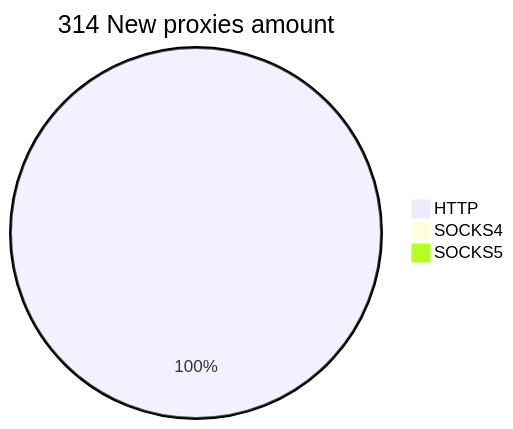
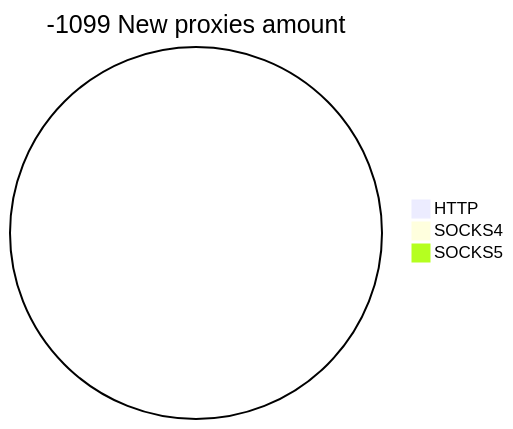
One commit to cutipu/proxylist changed the second of 2 diagrams in README.md. Above: the diagram before and after it, drawn with Mermaid. The commit also changed other lines of this file, not shown here.

````diff
--- a/README.md
+++ b/README.md
@@ -10,6 +10,6 @@
 ```mermaid
-pie title 314 New proxies amount
-    "HTTP" : 409
+pie title -1099 New proxies amount
+    "HTTP" : 0
     "SOCKS4" : 0
     "SOCKS5" : 0
 ```
````
